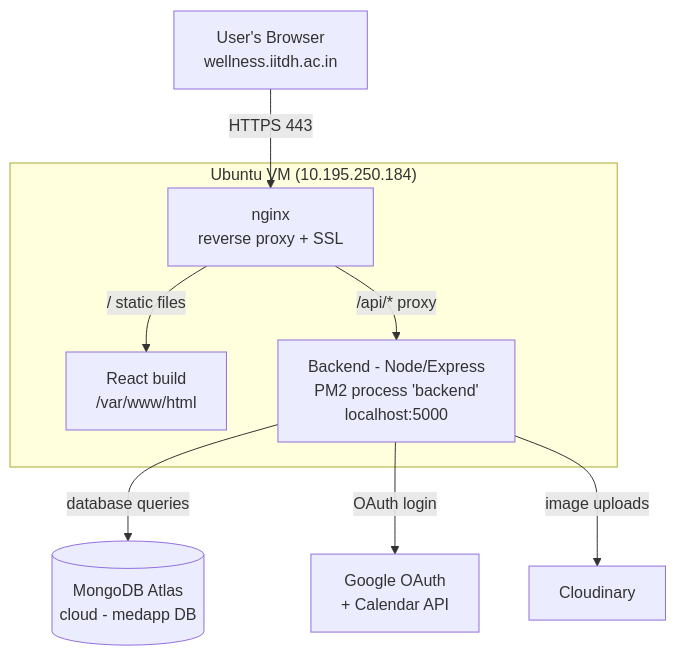
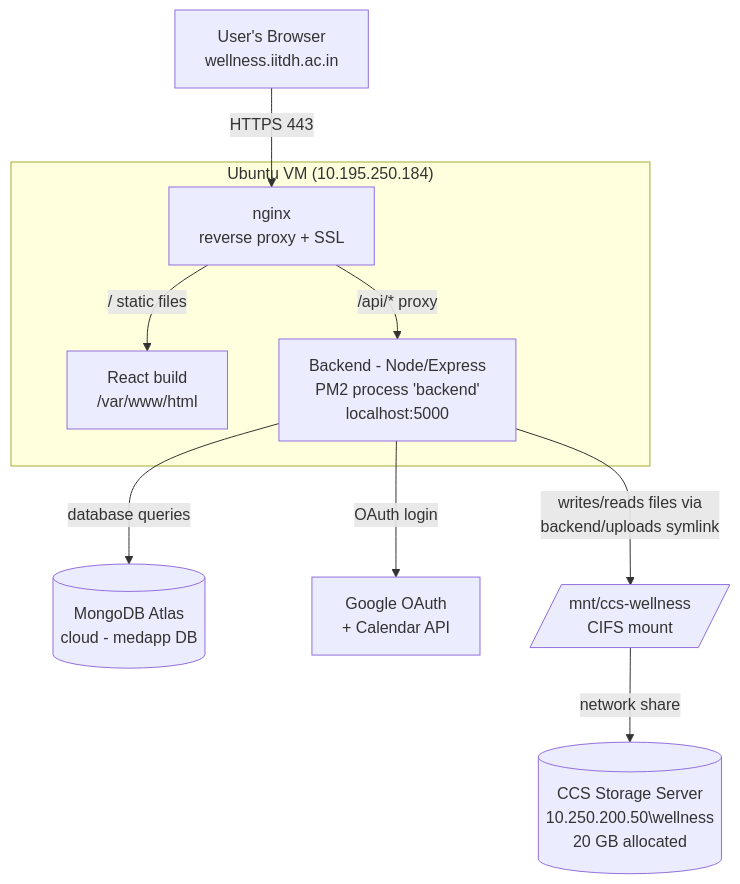
The diagram in INFRASTRUCTURE.md (swasti-sj/wellness), drawn with Mermaid before and after one commit. The commit also changed other lines of this file and 8 other files, not shown here.

Commit message:
feat: implement disk storage for uploaded files, replacing Cloudinary integration

````diff
--- a/INFRASTRUCTURE.md
+++ b/INFRASTRUCTURE.md
@@ -11,13 +11,14 @@
 ```mermaid
 flowchart TD
     U[User's Browser<br/>wellness.iitdh.ac.in] -->|HTTPS 443| N[nginx<br/>reverse proxy + SSL]
 
     subgraph VM["Ubuntu VM (10.195.250.184)"]
         N -->|/ static files| F[React build<br/>/var/www/html]
         N -->|/api/* proxy| B[Backend - Node/Express<br/>PM2 process 'backend'<br/>localhost:5000]
     end
 
     B -->|database queries| M[(MongoDB Atlas<br/>cloud - medapp DB)]
     B -->|OAuth login| G[Google OAuth<br/>+ Calendar API]
-    B -->|image uploads| C[Cloudinary]
+    B -->|writes/reads files via<br/>backend/uploads symlink| S[/mnt/ccs-wellness<br/>CIFS mount/]
+    S -->|network share| CCS[(CCS Storage Server<br/>10.250.200.50\wellness<br/>20 GB allocated)]
 ```
````
